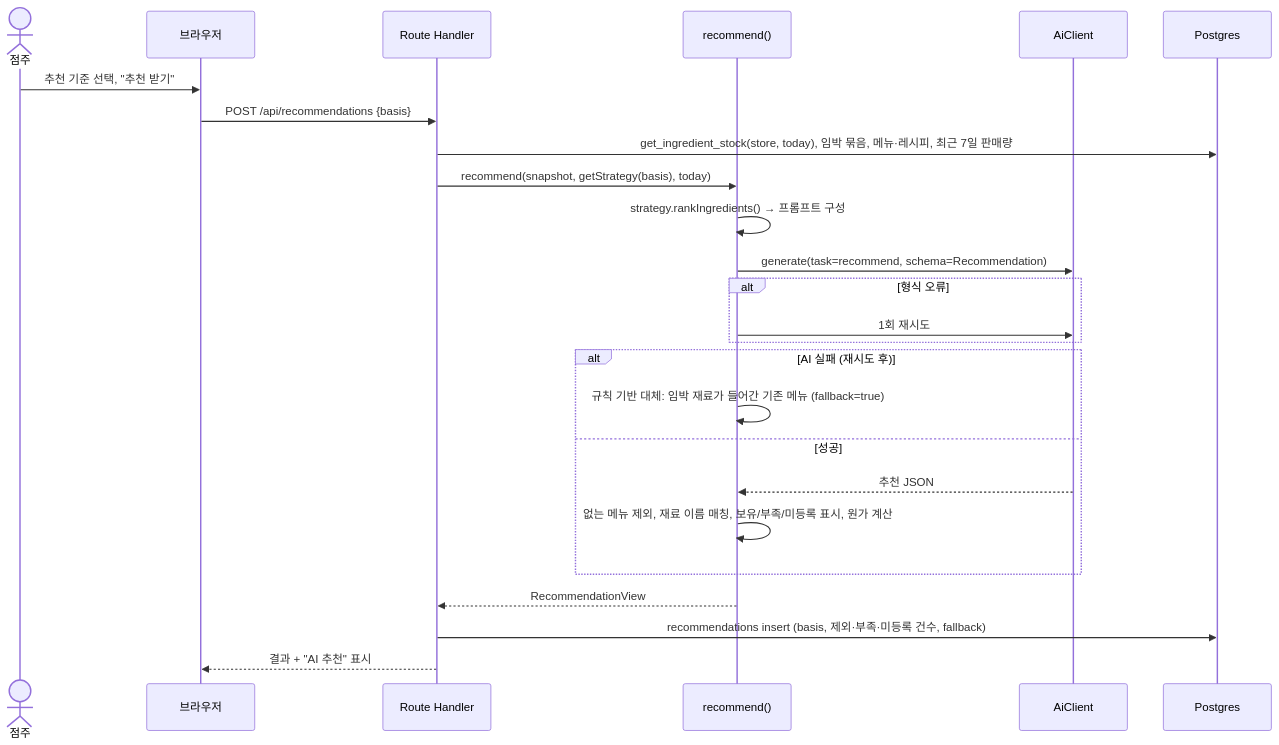
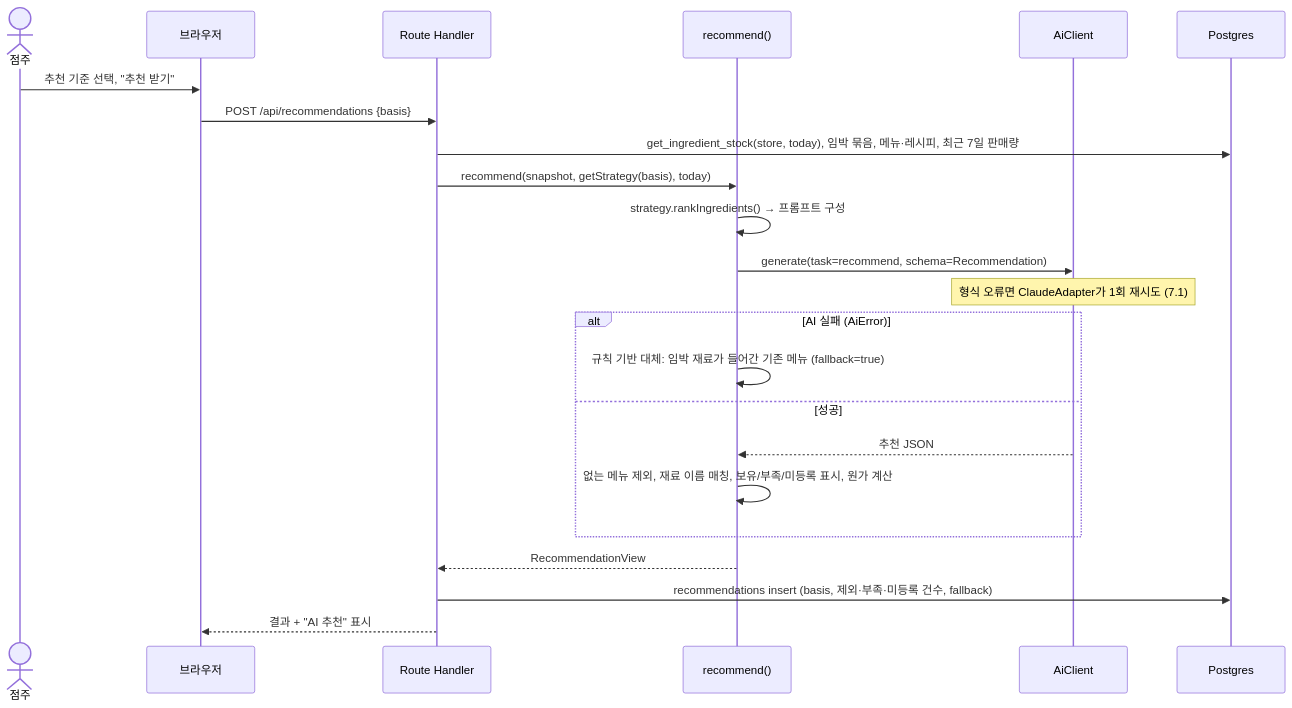
The fourth of 8 diagrams in docs/06_ARCHITECTURE.md (semicolon213/infood), drawn with Mermaid before and after one commit. The commit also changed other lines of this file and 1 other file, not shown here.

````diff
--- a/docs/06_ARCHITECTURE.md
+++ b/docs/06_ARCHITECTURE.md
@@ -195,28 +195,26 @@
 ```mermaid
 sequenceDiagram
     actor U as 점주
     participant C as 브라우저
     participant S as Route Handler
     participant R as recommend()
     participant AI as AiClient
     participant DB as Postgres
 
     U->>C: 추천 기준 선택, "추천 받기"
     C->>S: POST /api/recommendations {basis}
     S->>DB: get_ingredient_stock(store, today), 임박 묶음, 메뉴·레시피, 최근 7일 판매량
     S->>R: recommend(snapshot, getStrategy(basis), today)
     R->>R: strategy.rankIngredients() → 프롬프트 구성
     R->>AI: generate(task=recommend, schema=Recommendation)
-    alt 형식 오류
-        R->>AI: 1회 재시도
-    end
-    alt AI 실패 (재시도 후)
+    Note over AI: 형식 오류면 ClaudeAdapter가 1회 재시도 (7.1)
+    alt AI 실패 (AiError)
         R->>R: 규칙 기반 대체: 임박 재료가 들어간 기존 메뉴 (fallback=true)
     else 성공
         AI-->>R: 추천 JSON
         R->>R: 없는 메뉴 제외, 재료 이름 매칭, 보유/부족/미등록 표시, 원가 계산
     end
     R-->>S: RecommendationView
     S->>DB: recommendations insert (basis, 제외·부족·미등록 건수, fallback)
     S-->>C: 결과 + "AI 추천" 표시
 ```
````
